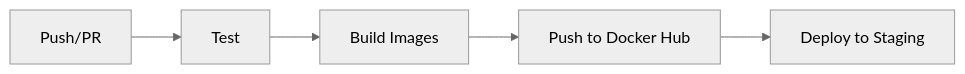
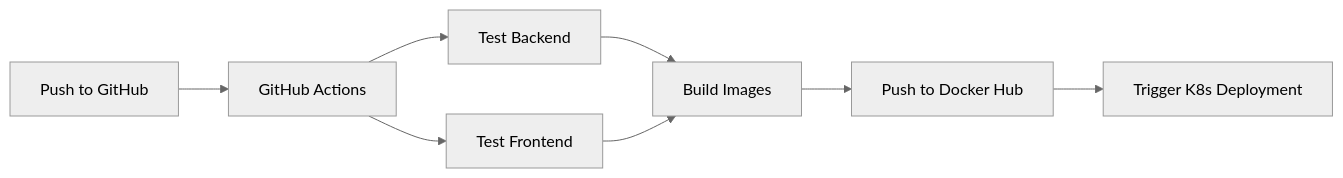
One commit to cavinsam/virtual-stock-trader-app changed the first of 2 diagrams in README-CI-CD.md. Above: the diagram before and after it, drawn with Mermaid (neutral theme). The commit also changed other lines of this file and 1 other file, not shown here.

````diff
--- a/README-CI-CD.md
+++ b/README-CI-CD.md
@@ -161,7 +213,10 @@
 ```mermaid
 graph LR
-    A[Push/PR] --> B[Test]
-    B --> C[Build Images]
-    C --> D[Push to Docker Hub]
-    D --> E[Deploy to Staging]
+    A[Push to GitHub] --> B[GitHub Actions]
+    B --> C[Test Backend]
+    B --> D[Test Frontend]
+    C --> E[Build Images]
+    D --> E
+    E --> F[Push to Docker Hub]
+    F --> G[Trigger K8s Deployment]
 ```
````
